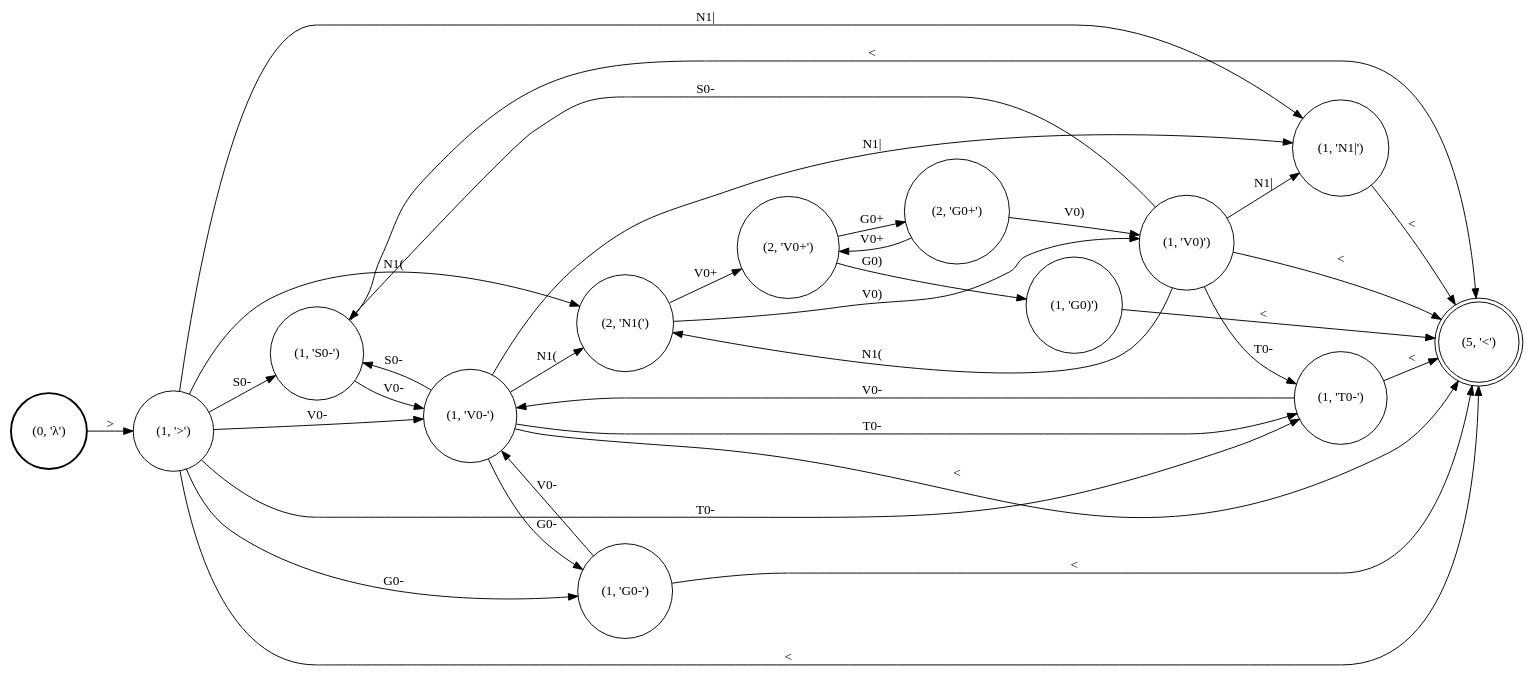
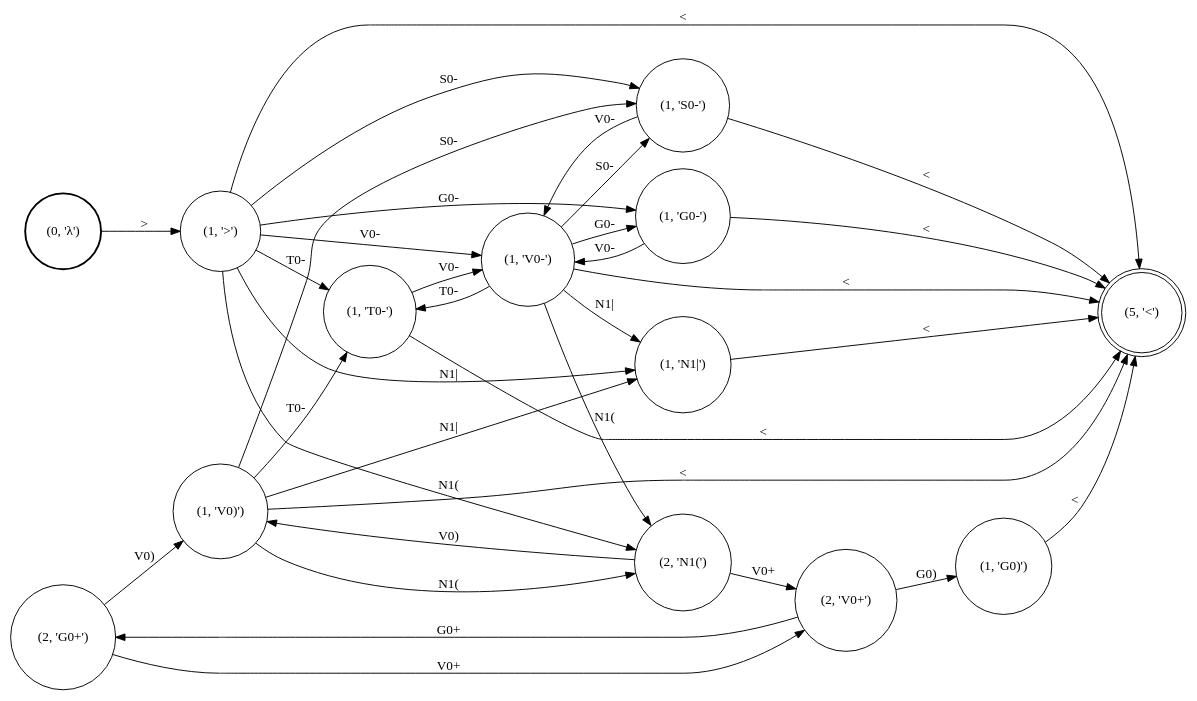
One commit to colincwilson/statgram changed the diagram in demo/nasal_spreading/Lang_nasal.dot. Above: the diagram before and after it, drawn with Graphviz. The commit also changed 7 other files, not shown here.

```diff
--- a/demo/nasal_spreading/Lang_nasal.dot
+++ b/demo/nasal_spreading/Lang_nasal.dot
@@ -1,50 +1,50 @@
 digraph G {
 rankdir=LR;
 node [shape=circle]
-0 [label="(1, 'G0)')"]
-1 [label="(1, 'N1|')"]
-2 [label="(1, 'S0-')"]
-3 [style=bold label="(0, 'λ')"]
+0 [label="(2, 'G0+')"]
+1 [label="(1, 'T0-')"]
+2 [label="(1, 'N1|')"]
+3 [label="(1, 'V0-')"]
 4 [label="(1, '>')"]
-5 [label="(2, 'V0+')"]
-6 [label="(1, 'V0)')"]
-7 [label="(1, 'G0-')"]
-8 [label="(1, 'T0-')"]
-9 [label="(1, 'V0-')"]
-10 [shape=doublecircle label="(5, '<')"]
-11 [label="(2, 'N1(')"]
-12 [label="(2, 'G0+')"]
-12 -> 6 [label="V0)"]
-9 -> 10 [label="<"]
-7 -> 9 [label="V0-"]
-9 -> 11 [label="N1("]
-11 -> 5 [label="V0+"]
-7 -> 10 [label="<"]
-9 -> 2 [label="S0-"]
-4 -> 8 [label="T0-"]
-9 -> 7 [label="G0-"]
-0 -> 10 [label="<"]
-11 -> 6 [label="V0)"]
-12 -> 5 [label="V0+"]
-6 -> 10 [label="<"]
-3 -> 4 [label=">"]
-5 -> 0 [label="G0)"]
-6 -> 11 [label="N1("]
-1 -> 10 [label="<"]
-4 -> 10 [label="<"]
-2 -> 10 [label="<"]
-2 -> 9 [label="V0-"]
-8 -> 9 [label="V0-"]
-4 -> 9 [label="V0-"]
-4 -> 7 [label="G0-"]
-5 -> 12 [label="G0+"]
-9 -> 8 [label="T0-"]
-9 -> 1 [label="N1|"]
-8 -> 10 [label="<"]
-4 -> 11 [label="N1("]
-6 -> 8 [label="T0-"]
-4 -> 2 [label="S0-"]
-6 -> 2 [label="S0-"]
-6 -> 1 [label="N1|"]
-4 -> 1 [label="N1|"]
+5 [shape=doublecircle label="(5, '<')"]
+6 [label="(2, 'N1(')"]
+7 [label="(2, 'V0+')"]
+8 [label="(1, 'G0)')"]
+9 [style=bold label="(0, 'λ')"]
+10 [label="(1, 'G0-')"]
+11 [label="(1, 'V0)')"]
+12 [label="(1, 'S0-')"]
+11 -> 2 [label="N1|"]
+7 -> 0 [label="G0+"]
+3 -> 1 [label="T0-"]
+3 -> 2 [label="N1|"]
+9 -> 4 [label=">"]
+4 -> 2 [label="N1|"]
+11 -> 5 [label="<"]
+3 -> 10 [label="G0-"]
+11 -> 6 [label="N1("]
+6 -> 11 [label="V0)"]
+4 -> 1 [label="T0-"]
+0 -> 11 [label="V0)"]
+4 -> 10 [label="G0-"]
+11 -> 12 [label="S0-"]
+2 -> 5 [label="<"]
+4 -> 5 [label="<"]
+1 -> 5 [label="<"]
+12 -> 3 [label="V0-"]
+10 -> 3 [label="V0-"]
+3 -> 5 [label="<"]
+4 -> 6 [label="N1("]
+8 -> 5 [label="<"]
+3 -> 6 [label="N1("]
+12 -> 5 [label="<"]
+10 -> 5 [label="<"]
+3 -> 12 [label="S0-"]
+4 -> 12 [label="S0-"]
+6 -> 7 [label="V0+"]
+4 -> 3 [label="V0-"]
+1 -> 3 [label="V0-"]
+0 -> 7 [label="V0+"]
+7 -> 8 [label="G0)"]
+11 -> 1 [label="T0-"]
 }
```
